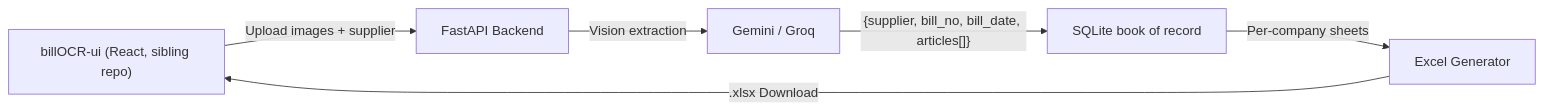
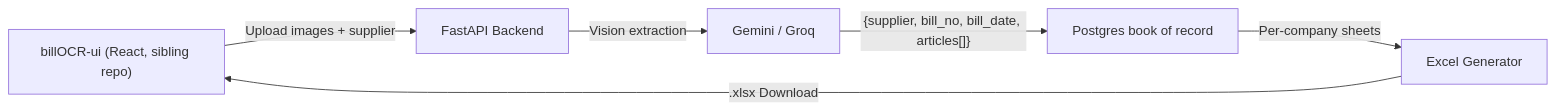
Before and after one commit to kumarankitmaurya/billOCR: the diagram in README.md, drawn with Mermaid. The commit also changed other lines of this file and 7 other files, not shown here.

````diff
--- a/README.md
+++ b/README.md
@@ -100,8 +125,8 @@
 ```mermaid
 graph LR
     A["billOCR-ui (React, sibling repo)"] -->|Upload images + supplier| B["FastAPI Backend"]
     B -->|Vision extraction| C["Gemini / Groq"]
-    C -->|"{supplier, bill_no, bill_date, articles[]}"| D["SQLite book of record"]
+    C -->|"{supplier, bill_no, bill_date, articles[]}"| D["Postgres book of record"]
     D -->|Per-company sheets| E["Excel Generator"]
     E -->|.xlsx Download| A
 ```
````
